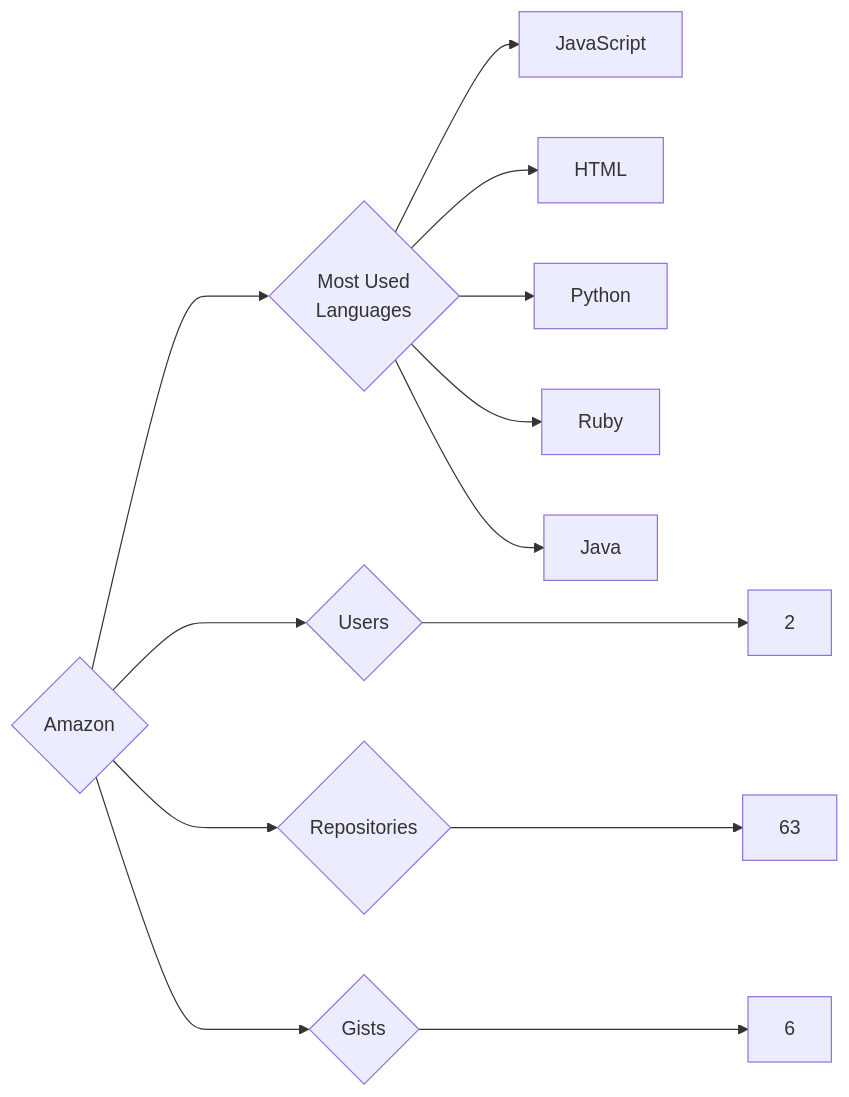
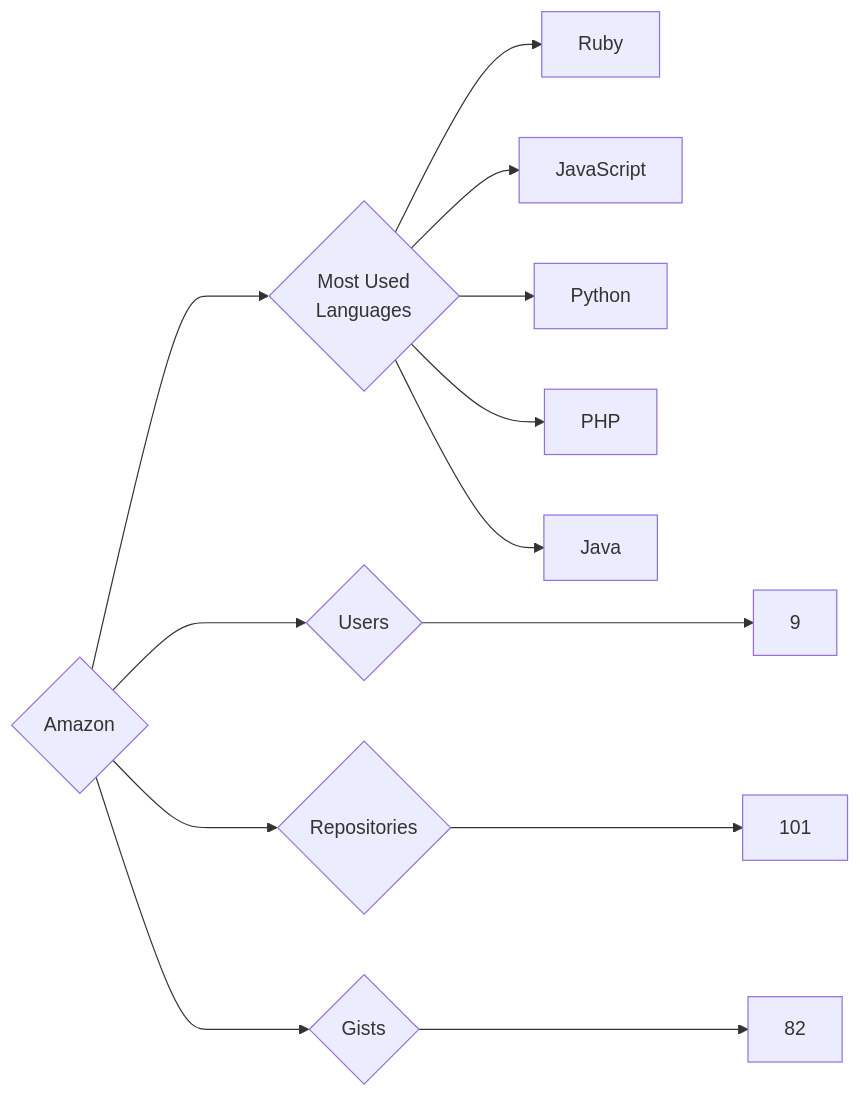
Before and after one commit to trickest/insiders: the diagram in targets/Amazon/README.md, drawn with Mermaid. The commit also changed 553 other files, not shown here.

````diff
--- a/targets/Amazon/README.md
+++ b/targets/Amazon/README.md
@@ -3,13 +3,13 @@
 ```mermaid
 graph LR
 COMPANY_NAME{Amazon}
-COMPANY_NAME ---> U{Users} ---> UN[2]
-COMPANY_NAME ---> R{Repositories} ---> RN[63]
-COMPANY_NAME ---> G{Gists} ---> GN[6]
+COMPANY_NAME ---> U{Users} ---> UN[9]
+COMPANY_NAME ---> R{Repositories} ---> RN[101]
+COMPANY_NAME ---> G{Gists} ---> GN[82]
 COMPANY_NAME ---> ML{Most Used<br>Languages}
+ML --> Ruby[Ruby]
 ML --> JavaScript[JavaScript]
-ML --> HTML[HTML]
 ML --> Python[Python]
-ML --> Ruby[Ruby]
+ML --> PHP[PHP]
 ML --> Java[Java]
 ```
````
